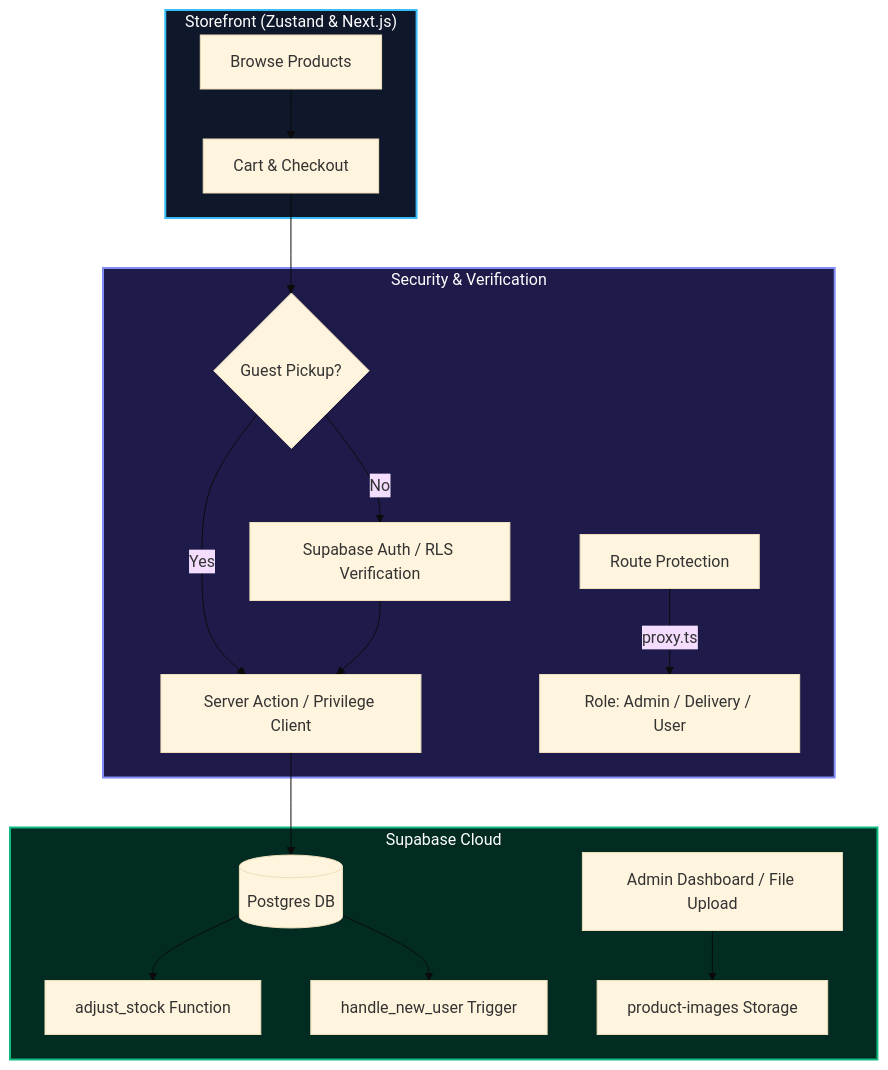
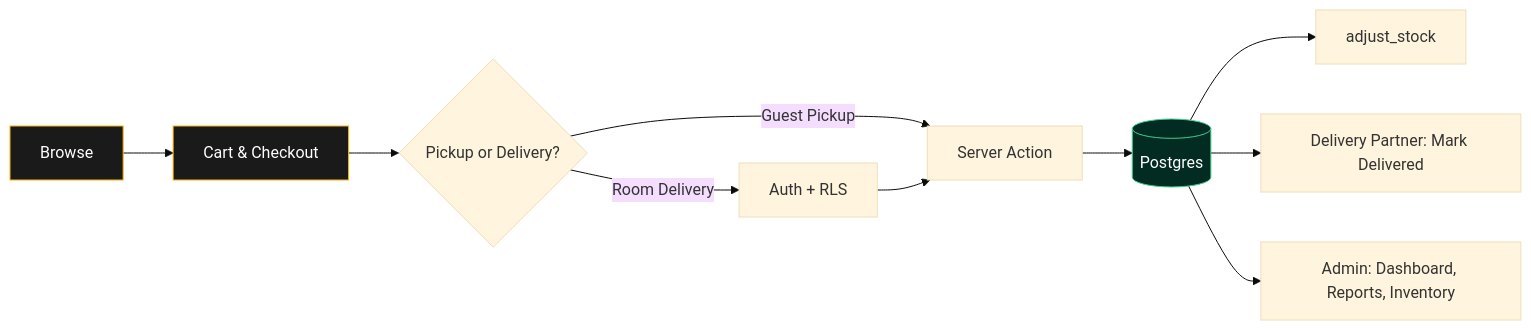
The diagram in README.md (vxwshxl/flopshop), drawn with Mermaid (base theme) before and after one commit. The commit also changed other lines of this file, not shown here.

````diff
--- a/README.md
+++ b/README.md
@@ -15,28 +46,15 @@
 ```mermaid
-graph TD
-    %% User Flow
-    subgraph Client ["Storefront (Zustand & Next.js)"]
-        A[Browse Products] --> B[Cart & Checkout]
-    end
+graph LR
+    A[Browse] --> B[Cart & Checkout]
+    B --> C{Pickup or Delivery?}
+    C -- Guest Pickup --> D[Server Action]
+    C -- Room Delivery --> E[Auth + RLS] --> D
+    D --> F[(Postgres)]
+    F --> G[adjust_stock]
+    F --> H[Delivery Partner: Mark Delivered]
+    F --> I[Admin: Dashboard, Reports, Inventory]
 
-    %% Auth & Middleware
-    subgraph Auth ["Security & Verification"]
-        B --> C{Guest Pickup?}
-        C -- Yes --> D[Server Action / Privilege Client]
-        C -- No --> E[Supabase Auth / RLS Verification]
-        E --> D
-        F[Route Protection] -->|proxy.ts| G[Role: Admin / Delivery / User]
-    end
-
-    %% Server & Storage
-    subgraph Backend ["Supabase Cloud"]
-        D --> H[(Postgres DB)]
-        H --> I[adjust_stock Function]
-        H --> J[handle_new_user Trigger]
-        K[Admin Dashboard / File Upload] --> L[product-images Storage]
-    end
-    
-    style Client fill:#0f172a,stroke:#38bdf8,stroke-width:2px,color:#fff
-    style Auth fill:#1e1b4b,stroke:#818cf8,stroke-width:2px,color:#fff
-    style Backend fill:#022c22,stroke:#10b981,stroke-width:2px,color:#fff
+    style A fill:#1a1a1a,stroke:#FFB200,color:#fff
+    style B fill:#1a1a1a,stroke:#FFB200,color:#fff
+    style F fill:#022c22,stroke:#3FCF8E,color:#fff
 ```
````
